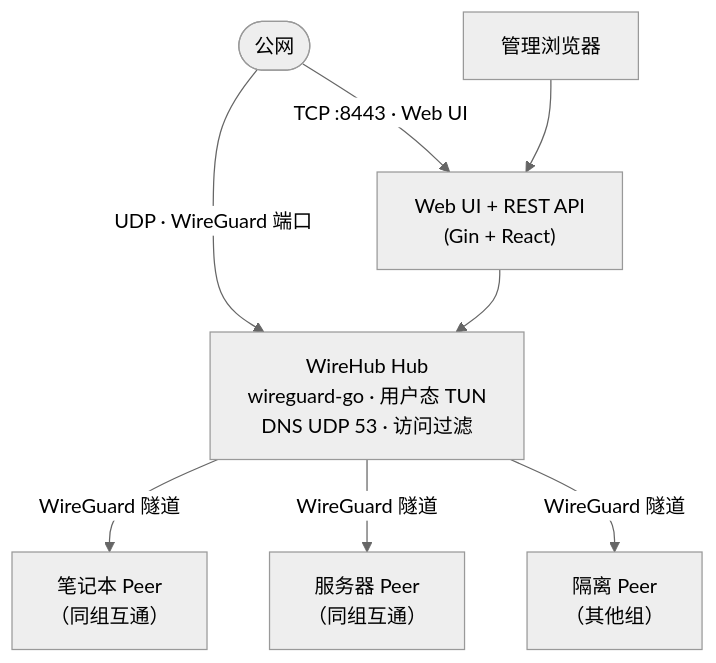
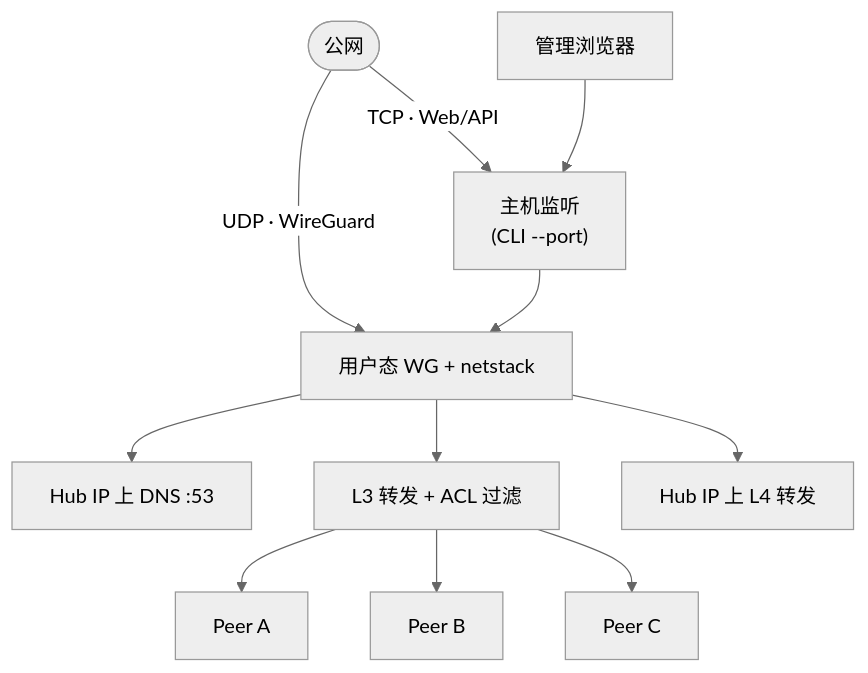
One commit to touken928/WireHub changed the diagram in docs/README_zh.md. Above: the diagram before and after it, drawn with Mermaid (neutral theme). The commit also changed other lines of this file and 5 other files, not shown here.

````diff
--- a/docs/README_zh.md
+++ b/docs/README_zh.md
@@ -36,16 +37,18 @@
 ```mermaid
 flowchart TB
   net([公网])
 
-  net -->|TCP :8443 · Web UI| web["Web UI + REST API<br/>(Gin + React)"]
-  net -->|UDP · WireGuard 端口| hub
+  net -->|TCP · Web/API| host["主机监听<br/>(CLI --port)"]
+  net -->|UDP · WireGuard| wg["用户态 WG + netstack"]
 
-  admin[管理浏览器] --> web
-  web --> hub
+  admin[管理浏览器] --> host
+  host --> wg
 
-  hub["WireHub Hub<br/>wireguard-go · 用户态 TUN<br/>DNS UDP 53 · 访问过滤"]
+  wg --> dns["Hub IP 上 DNS :53"]
+  wg --> filter["L3 转发 + ACL 过滤"]
+  wg --> fwd["Hub IP 上 L4 转发"]
 
-  hub -->|WireGuard 隧道| p1["笔记本 Peer<br/>（同组互通）"]
-  hub -->|WireGuard 隧道| p2["服务器 Peer<br/>（同组互通）"]
-  hub -->|WireGuard 隧道| p3["隔离 Peer<br/>（其他组）"]
+  filter --> p1[Peer A]
+  filter --> p2[Peer B]
+  filter --> p3[Peer C]
 ```
````
